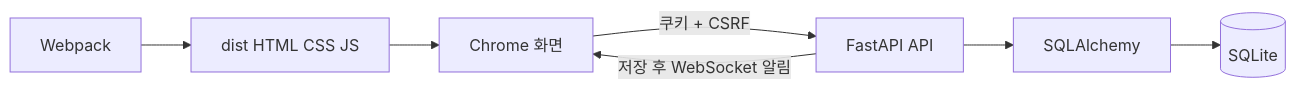
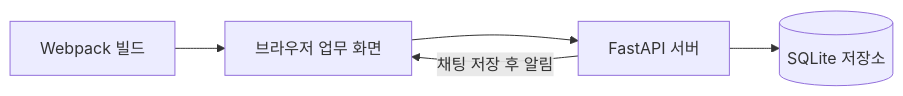
Before and after one commit to shlee705/admin_page: the diagram in docsForHuman/00_PROJECT_OVERVIEW.md, drawn with Mermaid. The commit also changed other lines of this file and 156 other files, not shown here.

````diff
--- a/docsForHuman/00_PROJECT_OVERVIEW.md
+++ b/docsForHuman/00_PROJECT_OVERVIEW.md
@@ -19,9 +7,7 @@
 ```mermaid
 flowchart LR
-  B[Chrome 화면] -->|쿠키 + CSRF| A[FastAPI API]
-  A --> S[SQLAlchemy]
-  S --> D[(SQLite)]
-  A -->|저장 후 WebSocket 알림| B
-  W[Webpack] --> F[dist HTML CSS JS]
-  F --> B
+  UI[브라우저 업무 화면] --> API[FastAPI 서버]
+  API --> DB[(SQLite 저장소)]
+  API -->|채팅 저장 후 알림| UI
+  Build[Webpack 빌드] --> UI
 ```
````
